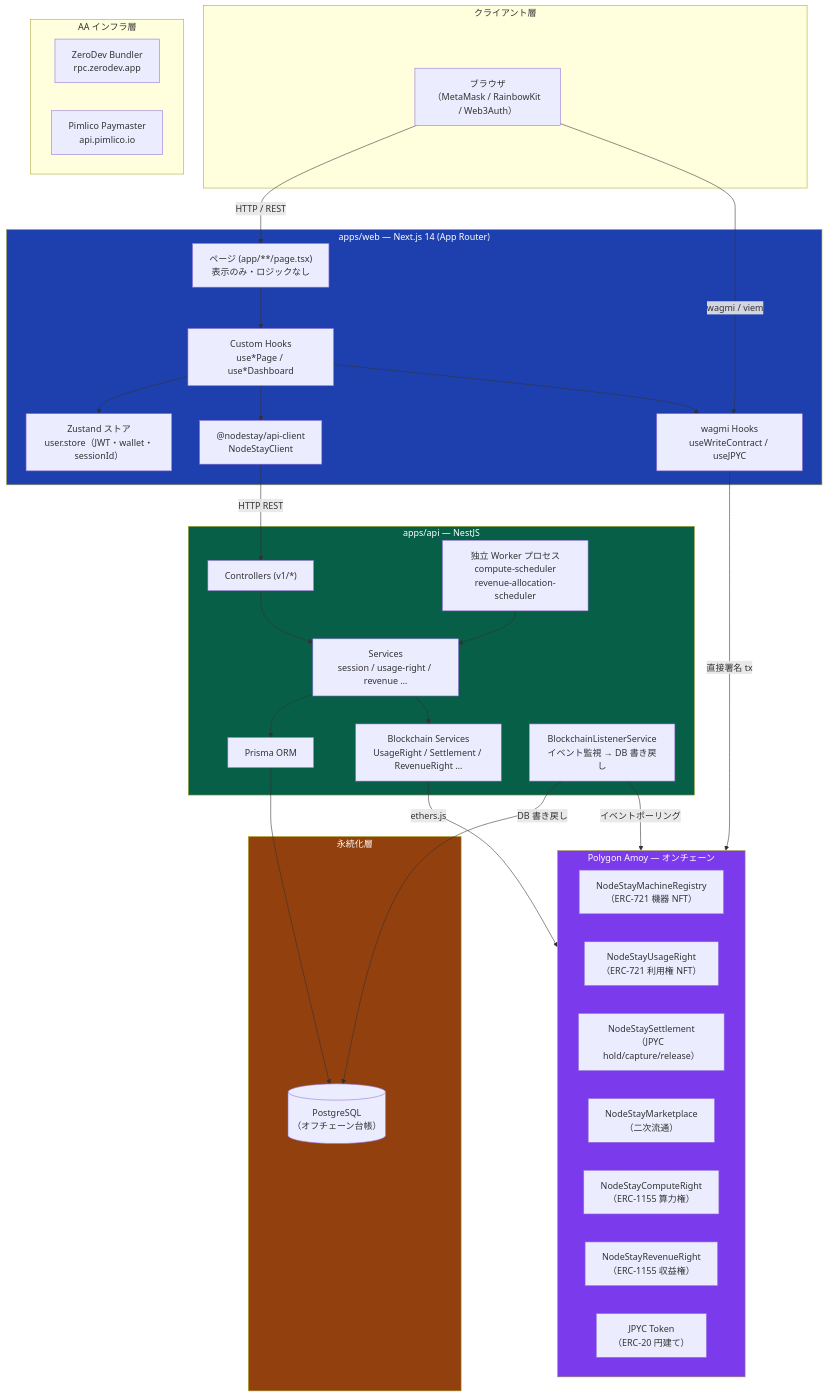
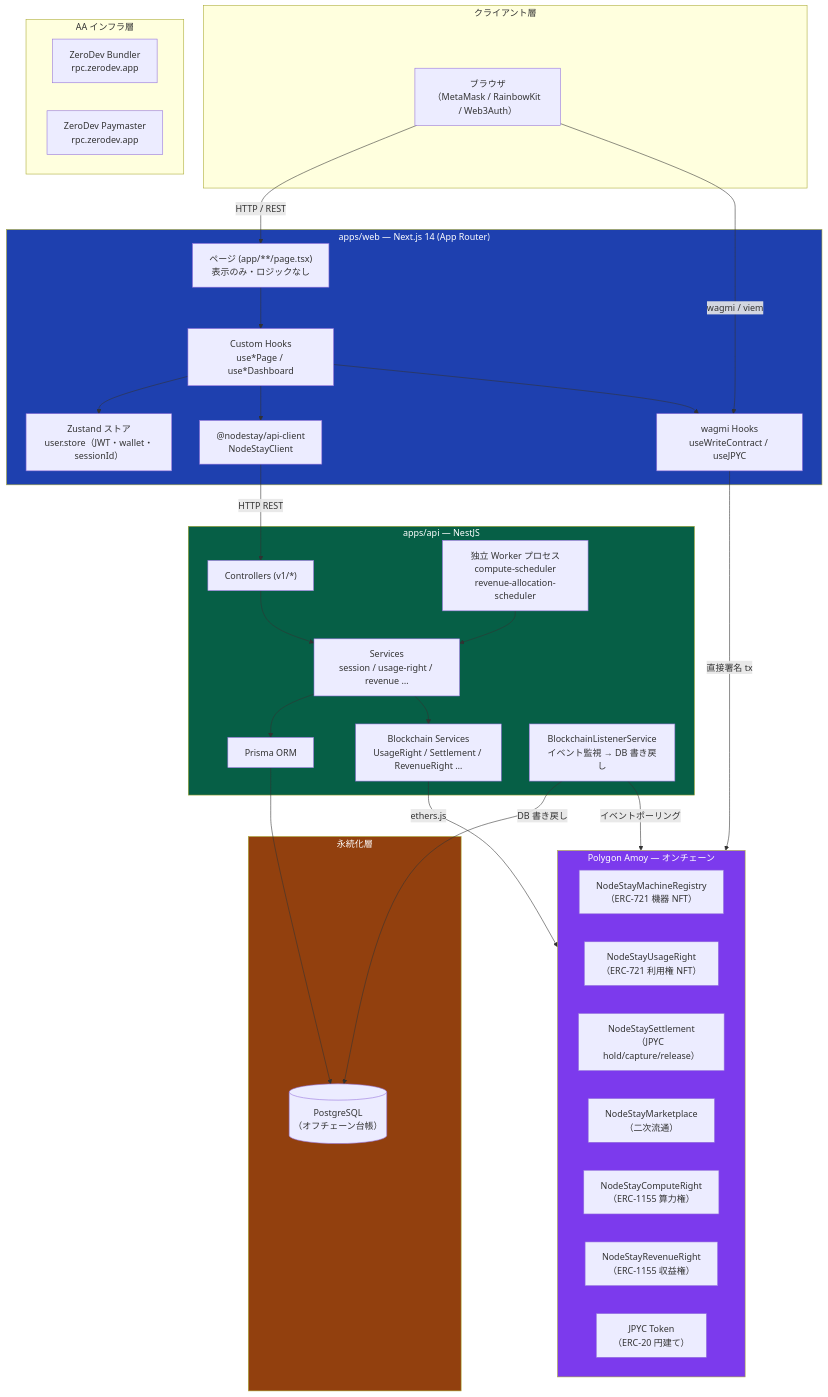
The first of 15 diagrams in docs/ARCHITECTURE.md (WHXisWH/Node-Stay), drawn with Mermaid before and after one commit. The commit also changed other lines of this file and 4 other files, not shown here.

````diff
--- a/docs/ARCHITECTURE.md
+++ b/docs/ARCHITECTURE.md
@@ -31,64 +31,64 @@
 ```mermaid
 graph TB
     subgraph Client["クライアント層"]
         Browser["ブラウザ<br/>（MetaMask / RainbowKit / Web3Auth）"]
     end
 
     subgraph AA["AA インフラ層"]
         ZeroDevBundler["ZeroDev Bundler<br/>rpc.zerodev.app"]
-        PimlicoPaymaster["Pimlico Paymaster<br/>api.pimlico.io"]
+        ZeroDevPaymaster["ZeroDev Paymaster<br/>rpc.zerodev.app"]
     end
 
     subgraph Web["apps/web — Next.js 14 (App Router)"]
         Pages["ページ (app/**/page.tsx)<br/>表示のみ・ロジックなし"]
         Hooks["Custom Hooks<br/>use*Page / use*Dashboard"]
         Stores["Zustand ストア<br/>user.store（JWT・wallet・sessionId）"]
         ApiClient["@nodestay/api-client<br/>NodeStayClient"]
         WagmiHooks["wagmi Hooks<br/>useWriteContract / useJPYC"]
     end
 
     subgraph Api["apps/api — NestJS"]
         Controllers["Controllers (v1/*)"]
         Services["Services<br/>session / usage-right / revenue …"]
         PrismaORM["Prisma ORM"]
         BlockchainSvcs["Blockchain Services<br/>UsageRight / Settlement / RevenueRight …"]
         Listener["BlockchainListenerService<br/>イベント監視 → DB 書き戻し"]
         Workers["独立 Worker プロセス<br/>compute-scheduler<br/>revenue-allocation-scheduler"]
     end
 
     subgraph DB["永続化層"]
         Postgres[("PostgreSQL<br/>（オフチェーン台帳）")]
     end
 
     subgraph Chain["Polygon Amoy — オンチェーン"]
         MachineReg["NodeStayMachineRegistry<br/>（ERC-721 機器 NFT）"]
         UsageRight["NodeStayUsageRight<br/>（ERC-721 利用権 NFT）"]
         Settlement["NodeStaySettlement<br/>（JPYC hold/capture/release）"]
         Marketplace["NodeStayMarketplace<br/>（二次流通）"]
         ComputeRight["NodeStayComputeRight<br/>（ERC-1155 算力権）"]
         RevenueRight["NodeStayRevenueRight<br/>（ERC-1155 収益権）"]
         JPYC["JPYC Token<br/>（ERC-20 円建て）"]
     end
 
     Browser -->|"HTTP / REST"| Pages
     Browser -->|"wagmi / viem"| WagmiHooks
     Pages --> Hooks
     Hooks --> Stores
     Hooks --> ApiClient
     Hooks --> WagmiHooks
     ApiClient -->|"HTTP REST"| Controllers
     Controllers --> Services
     Services --> PrismaORM
     Services --> BlockchainSvcs
     PrismaORM --> Postgres
     BlockchainSvcs -->|"ethers.js"| Chain
     Listener -->|"イベントポーリング"| Chain
     Listener -->|"DB 書き戻し"| Postgres
     Workers --> Services
     WagmiHooks -->|"直接署名 tx"| Chain
 
     style Chain fill:#7c3aed,color:#fff
     style Web fill:#1e40af,color:#fff
     style Api fill:#065f46,color:#fff
     style DB fill:#92400e,color:#fff
 ```
````
